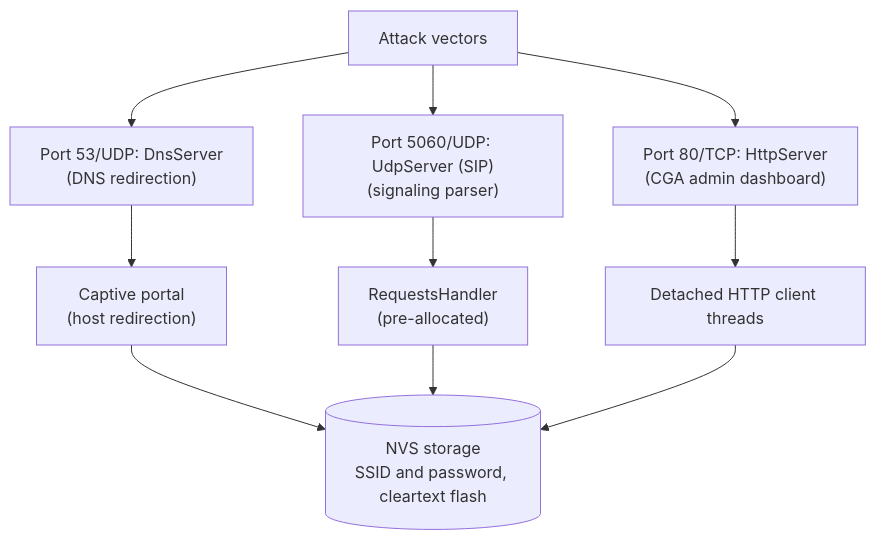
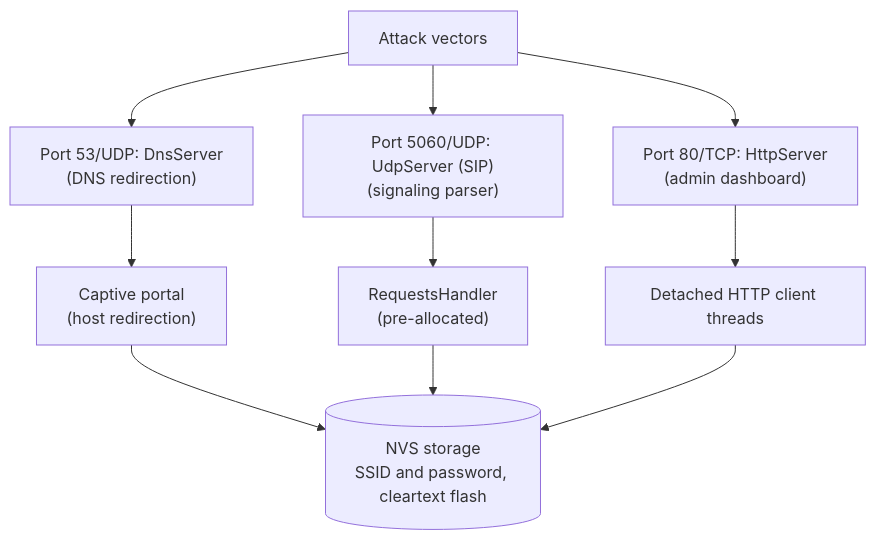
The first of 2 diagrams in docs/SECURITY_AUDIT.md (GlomarGadaffi/pocket-dial), drawn with Mermaid before and after one commit. The commit also changed 10 other files, not shown here.

````diff
--- a/docs/SECURITY_AUDIT.md
+++ b/docs/SECURITY_AUDIT.md
@@ -37,12 +37,12 @@
 ```mermaid
 flowchart TD
     AV["Attack vectors"] --> DNS["Port 53/UDP: DnsServer<br/>(DNS redirection)"]
     AV --> SIP["Port 5060/UDP: UdpServer (SIP)<br/>(signaling parser)"]
-    AV --> HTTP["Port 80/TCP: HttpServer<br/>(CGA admin dashboard)"]
+    AV --> HTTP["Port 80/TCP: HttpServer<br/>(admin dashboard)"]
     DNS --> CP["Captive portal<br/>(host redirection)"]
     SIP --> RH["RequestsHandler<br/>(pre-allocated)"]
     HTTP --> HC["Detached HTTP client threads"]
     CP --> NVS[("NVS storage<br/>SSID and password, cleartext flash")]
     RH --> NVS
     HC --> NVS
 ```
````
